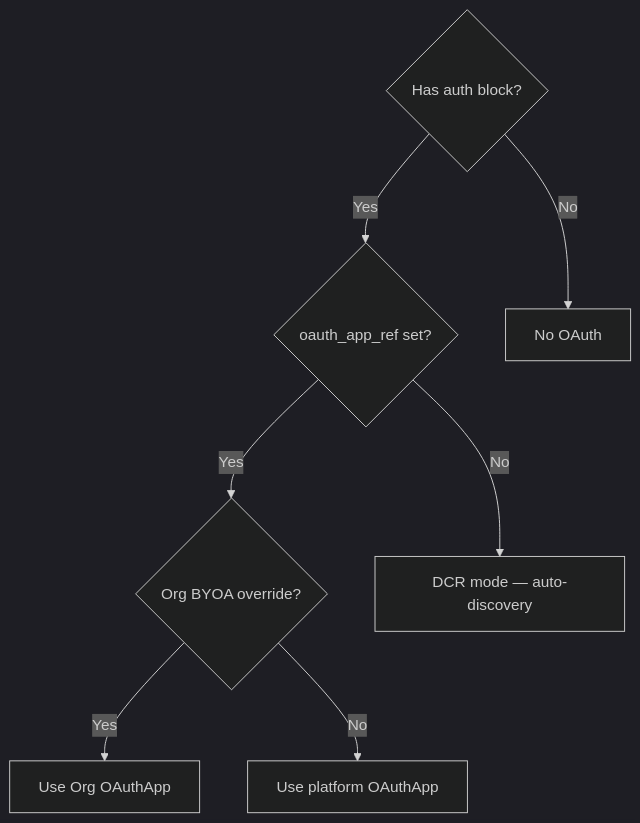
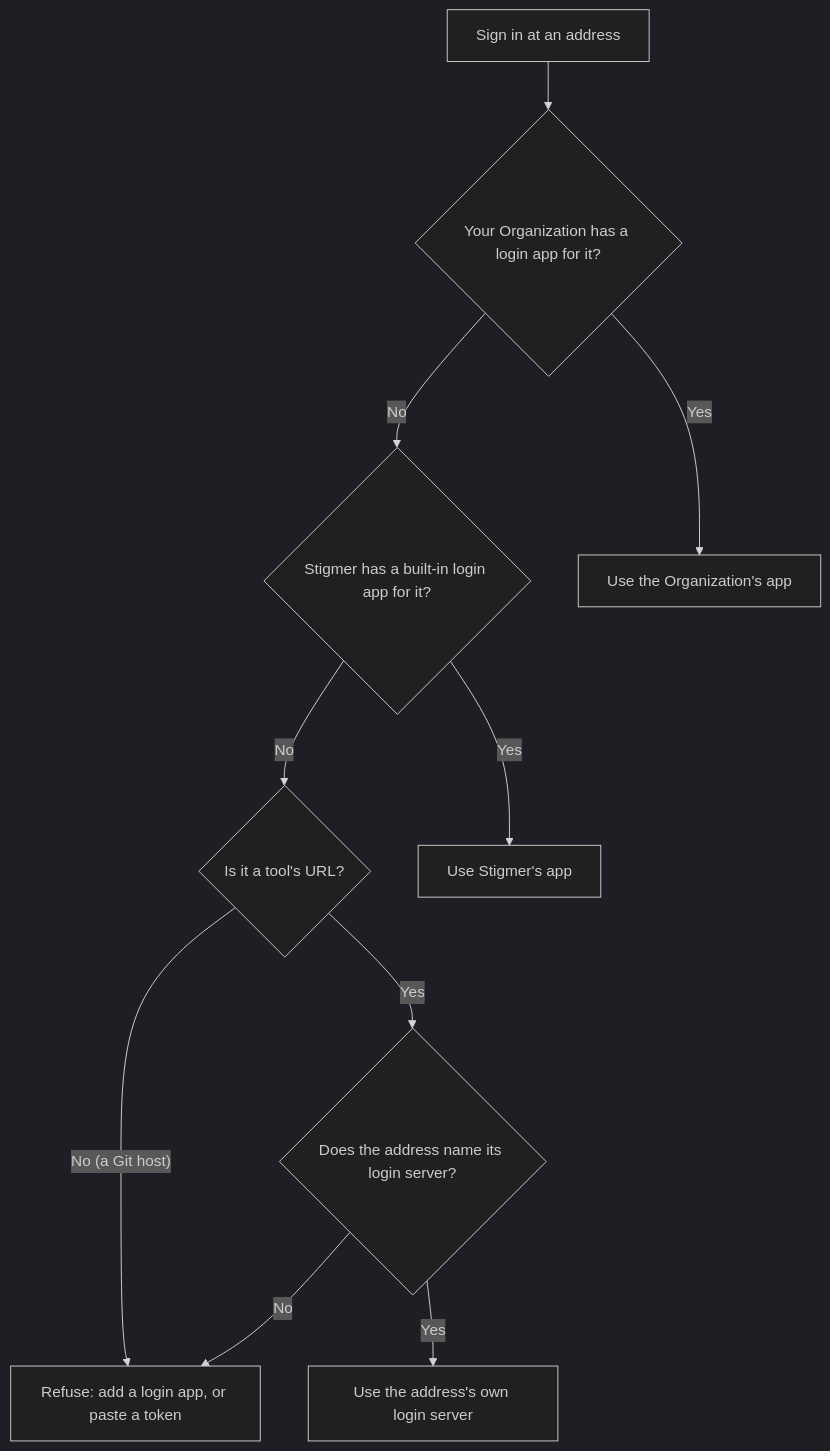
One commit to stigmer/stigmer changed the first of 2 diagrams in docs/guides/integrations/oauth-architecture.mdx. Above: the diagram before and after it, drawn with Mermaid (dark theme). The commit also changed other lines of this file and 6 other files, not shown here.

First line of the commit message:
docs: a login is found by its address; Connect links for an integrator's customers

````diff
--- a/docs/guides/integrations/oauth-architecture.mdx
+++ b/docs/guides/integrations/oauth-architecture.mdx
@@ -41,17 +22,22 @@
 ```mermaid
 flowchart TD
-    hasAuth{"Has auth block?"}
-    hasRef{"oauth_app_ref set?"}
-    hasOverride{"Org BYOA override?"}
-    dcrMode["DCR mode — auto-discovery"]
-    orgApp["Use Org OAuthApp"]
-    platformApp["Use platform OAuthApp"]
-    noOAuth["No OAuth"]
+    start["Sign in at an address"]
+    orgApp{"Your Organization has a login app for it?"}
+    builtIn{"Stigmer has a built-in login app for it?"}
+    isTool{"Is it a tool's URL?"}
+    discover{"Does the address name its login server?"}
+    useOrg["Use the Organization's app"]
+    useBuiltIn["Use Stigmer's app"]
+    useServer["Use the address's own login server"]
+    refuse["Refuse: add a login app, or paste a token"]
 
-    hasAuth -->|No| noOAuth
-    hasAuth -->|Yes| hasRef
-    hasRef -->|No| dcrMode
-    hasRef -->|Yes| hasOverride
-    hasOverride -->|Yes| orgApp
-    hasOverride -->|No| platformApp
+    start --> orgApp
+    orgApp -->|Yes| useOrg
+    orgApp -->|No| builtIn
+    builtIn -->|Yes| useBuiltIn
+    builtIn -->|No| isTool
+    isTool -->|"No (a Git host)"| refuse
+    isTool -->|Yes| discover
+    discover -->|Yes| useServer
+    discover -->|No| refuse
 ```
````
